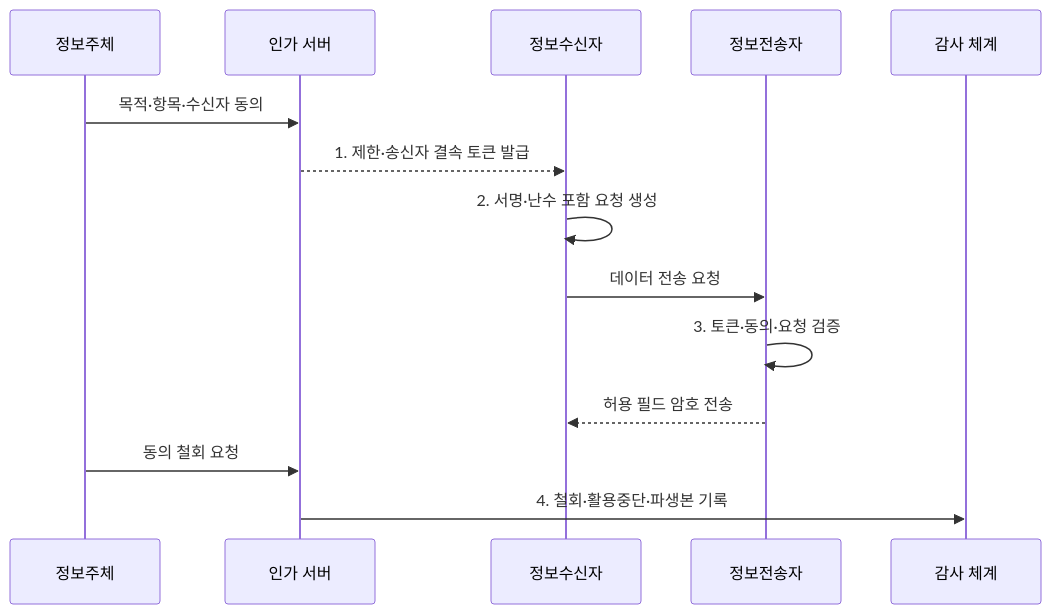
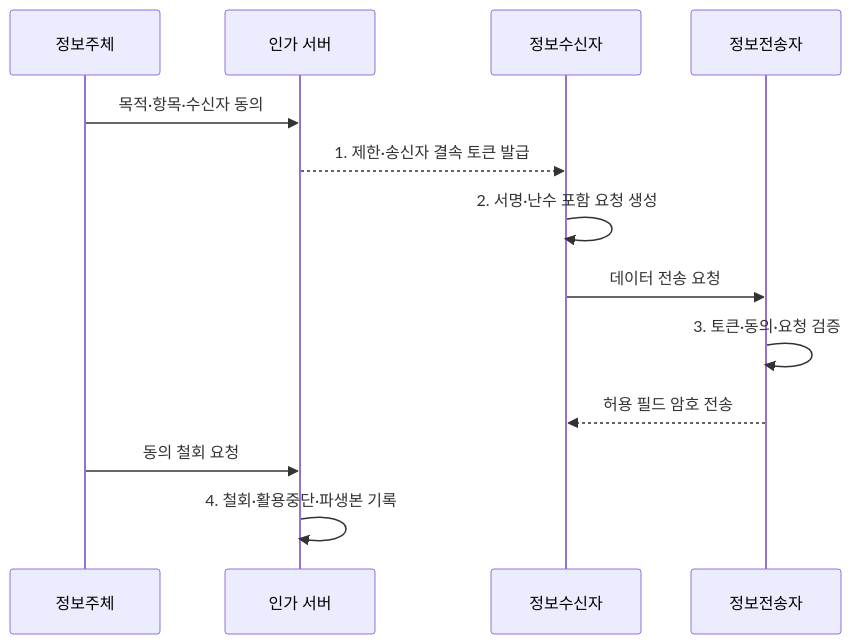
The second of 2 diagrams in src/content/docs/notes/05-security/099_mydata_service_security.md (agnusdei1207/knowledge-base), drawn with Mermaid before and after one commit. The commit also changed 9 other files, not shown here.

Commit message:
Streamline privacy governance sequences

````diff
--- a/src/content/docs/notes/05-security/099_mydata_service_security.md
+++ b/src/content/docs/notes/05-security/099_mydata_service_security.md
@@ -95,16 +95,15 @@
 ```mermaid
 sequenceDiagram
     participant U as 정보주체
     participant A as 인가 서버
     participant R as 정보수신자
     participant H as 정보전송자
-    participant L as 감사 체계
     U->>A: 목적·항목·수신자 동의
     A-->>R: 1. 제한·송신자 결속 토큰 발급
     R->>R: 2. 서명·난수 포함 요청 생성
     R->>H: 데이터 전송 요청
     H->>H: 3. 토큰·동의·요청 검증
     H-->>R: 허용 필드 암호 전송
     U->>A: 동의 철회 요청
-    A->>L: 4. 철회·활용중단·파생본 기록
+    A->>A: 4. 철회·활용중단·파생본 기록
 ```
````
